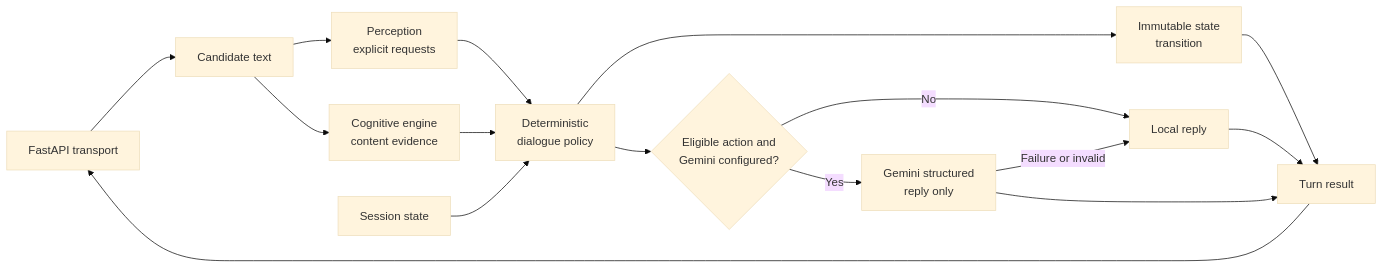
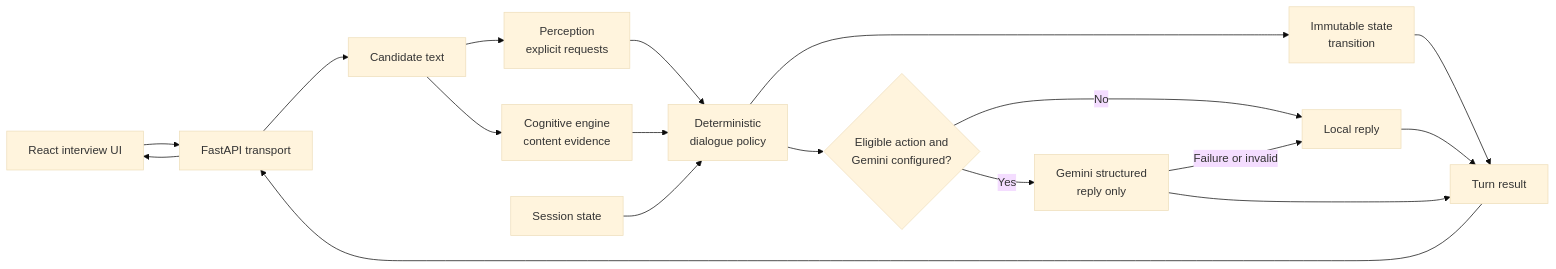
The diagram in README.md (koalaruu/multimodal-reasoning-companion), drawn with Mermaid (base theme) before and after one commit. The commit also changed other lines of this file and 13 other files, not shown here.

First line of the commit message:
feat(ui): add transparent text interview experience (#3)

````diff
--- a/README.md
+++ b/README.md
@@ -15,18 +15,20 @@
 ```mermaid
 flowchart LR
-    K[FastAPI transport] --> A[Candidate text]
+    L[React interview UI] --> K[FastAPI transport]
+    K --> A[Candidate text]
     A --> B[Perception<br/>explicit requests]
     A --> C[Cognitive engine<br/>content evidence]
     B --> D[Deterministic<br/>dialogue policy]
     C --> D
     E[Session state] --> D
     D --> F[Immutable state<br/>transition]
     D --> G{Eligible action and<br/>Gemini configured?}
     G -->|No| H[Local reply]
     G -->|Yes| I[Gemini structured<br/>reply only]
     I -->|Failure or invalid| H
     F --> J[Turn result]
     H --> J
     I --> J
     J --> K
+    K --> L
 ```
````
